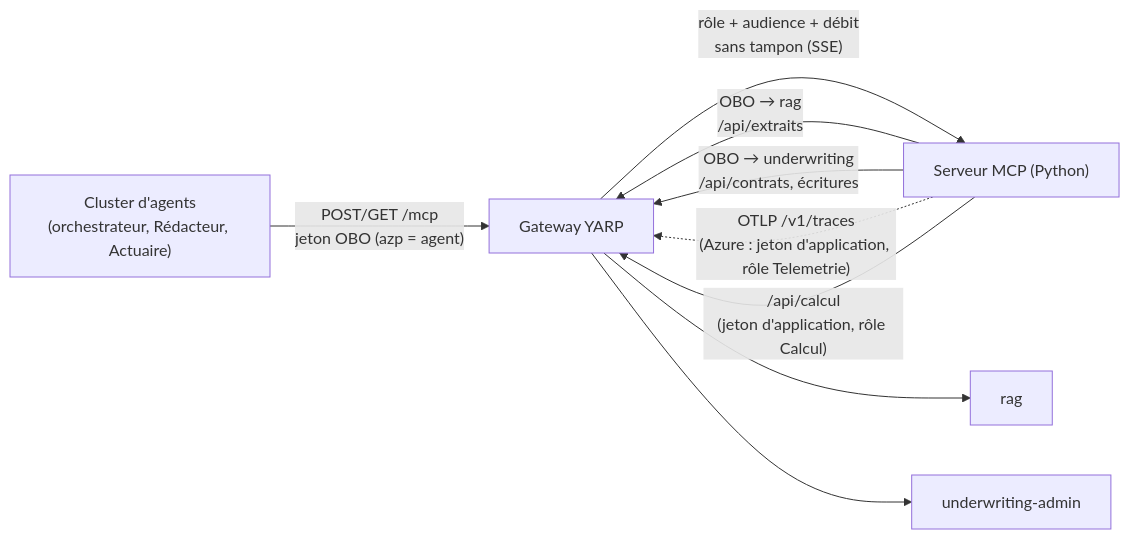
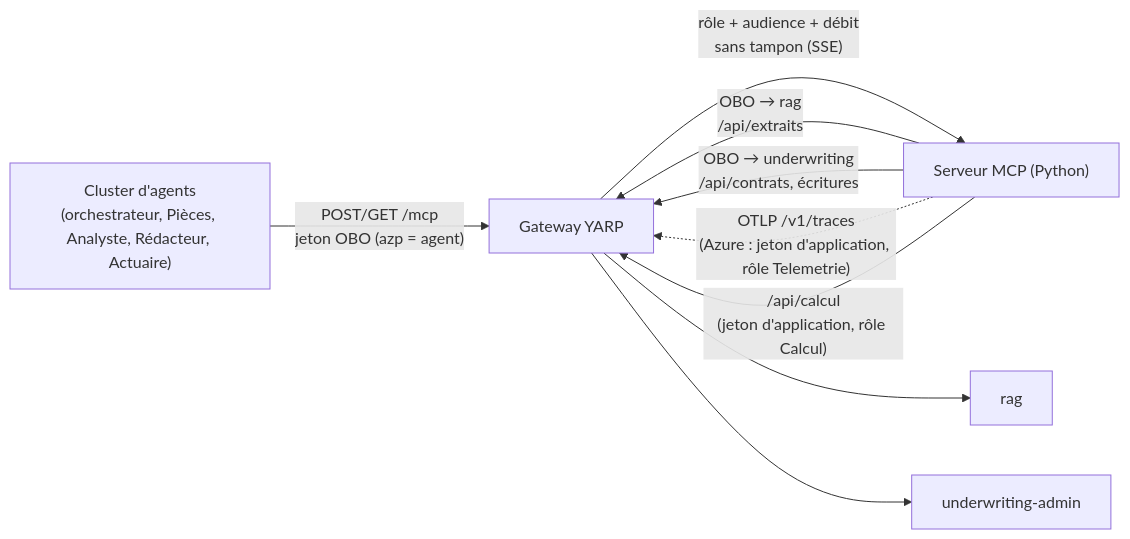
One commit to acerolaz/agentinsurflow changed the diagram in serveur-mcp/README.md. Above: the diagram before and after it, drawn with Mermaid. The commit also changed other lines of this file and 170 other files, not shown here.

````diff
--- a/serveur-mcp/README.md
+++ b/serveur-mcp/README.md
@@ -7,11 +7,11 @@
 ```mermaid
 flowchart LR
-    CL["Cluster d'agents<br/>(orchestrateur, Rédacteur, Actuaire)"] -->|"POST/GET /mcp<br/>jeton OBO (azp = agent)"| GW["Gateway YARP"]
+    CL["Cluster d'agents<br/>(orchestrateur, Pièces, Analyste, Rédacteur, Actuaire)"] -->|"POST/GET /mcp<br/>jeton OBO (azp = agent)"| GW["Gateway YARP"]
     GW -->|"rôle + audience + débit<br/>sans tampon (SSE)"| MCP["Serveur MCP (Python)"]
     MCP -->|"OBO → rag<br/>/api/extraits"| GW
     MCP -->|"OBO → underwriting<br/>/api/contrats, écritures"| GW
     GW --> RAG["rag"]
     GW --> UW["underwriting-admin"]
     MCP -. "OTLP /v1/traces<br/>(Azure : jeton d'application, rôle Telemetrie)" .-> GW
     MCP -->|"/api/calcul<br/>(jeton d'application, rôle Calcul)"| GW
 ```
````
